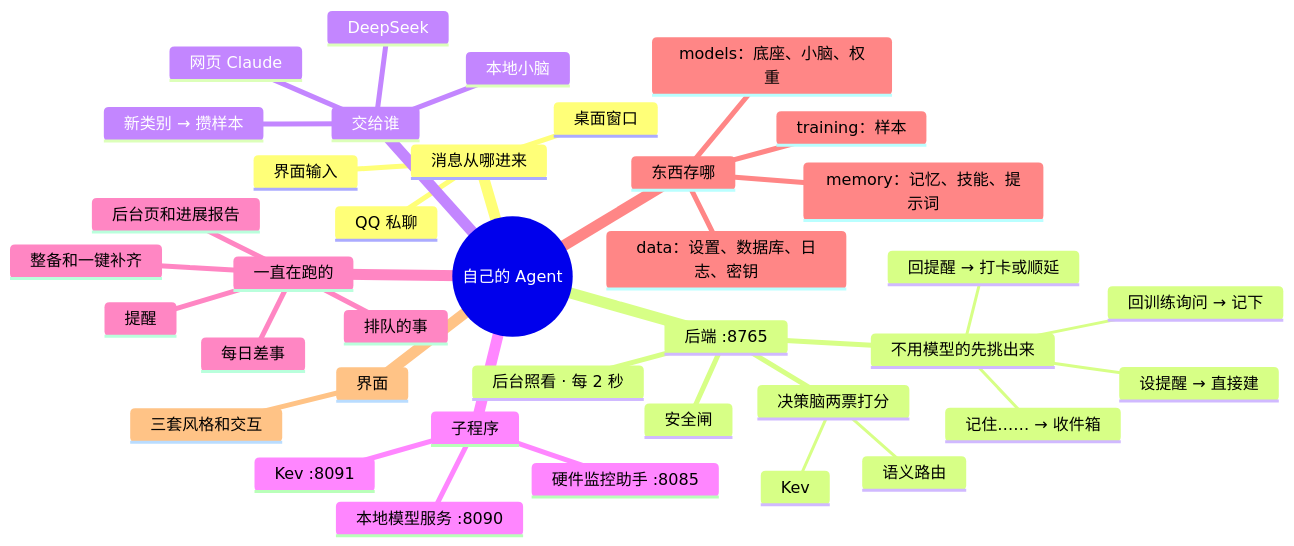
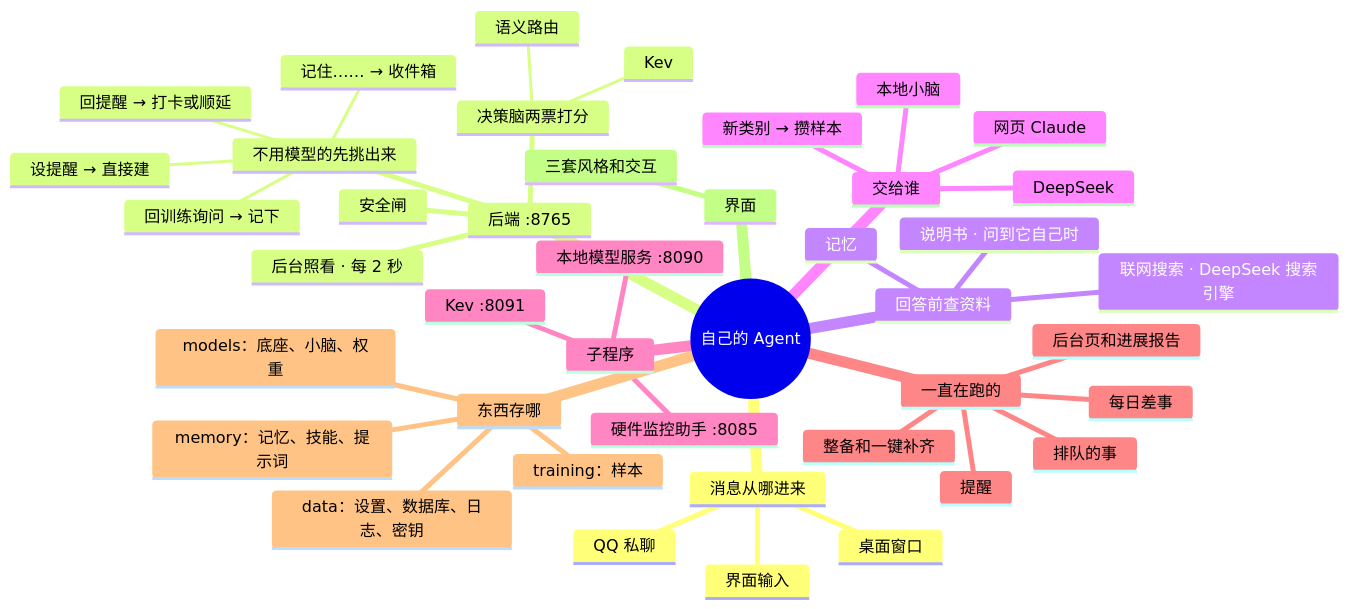
One commit to lql-076/Experiment-Agent-One changed the diagram in docs/AI文档/架构/00-总览.md. Above: the diagram before and after it, drawn with Mermaid. The commit also changed other lines of this file and 26 other files, not shown here.

First line of the commit message:
v1.6.0：联网搜索（DeepSeek 搜索引擎）；问到它自己时先查说明书

````diff
--- a/docs/AI文档/架构/00-总览.md
+++ b/docs/AI文档/架构/00-总览.md
@@ -9,61 +9,68 @@
 ```mermaid
 mindmap
   root((自己的 Agent))
     消息从哪进来
       QQ 私聊
       :::svc-qq go-04
       界面输入
       桌面窗口
       :::go-13
     后端 :8765
     :::svc-backend
       不用模型的先挑出来
         回提醒 → 打卡或顺延
         回训练询问 → 记下
         设提醒 → 直接建
         记住…… → 收件箱
       决策脑两票打分
       :::go-01
         语义路由
         Kev
         :::svc-kev
       安全闸
       :::go-08
       后台照看 · 每 2 秒
+    回答前查资料
+      记忆
+      :::go-05
+      说明书 · 问到它自己时
+      :::go-01
+      联网搜索 · DeepSeek 搜索引擎
+      :::go-03
     交给谁
       本地小脑
       :::go-02
       DeepSeek
       :::svc-ds go-03
       网页 Claude
       :::go-03
       新类别 → 攒样本
       :::go-06
     子程序
       本地模型服务 :8090
       :::svc-model go-02
       Kev :8091
       :::svc-kev
       硬件监控助手 :8085
       :::svc-hw go-11
     一直在跑的
       提醒
       :::go-04
       每日差事
       :::svc-nightly go-07
       排队的事
       :::svc-queue
       整备和一键补齐
       :::go-09
       后台页和进展报告
       :::go-10
     东西存哪
       data：设置、数据库、日志、密钥
       memory：记忆、技能、提示词
       :::go-05
       training：样本
       models：底座、小脑、权重
     界面
       三套风格和交互
       :::go-12
 ```
````
